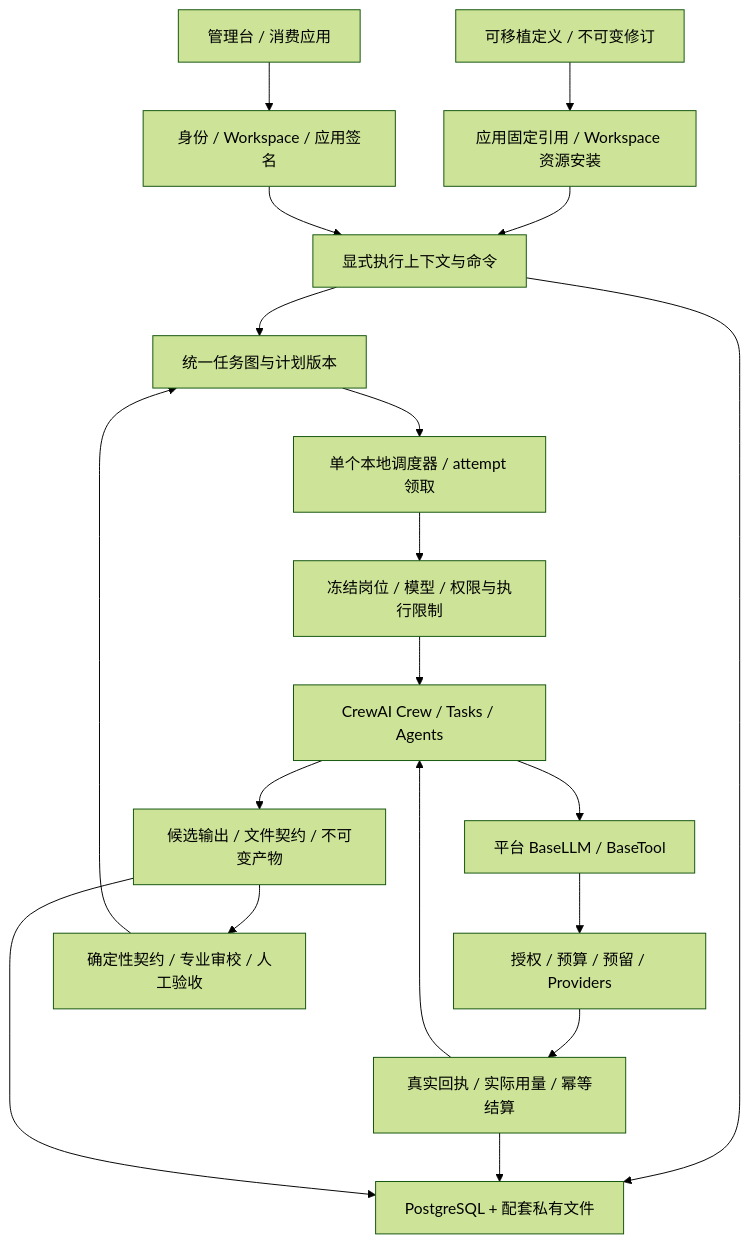
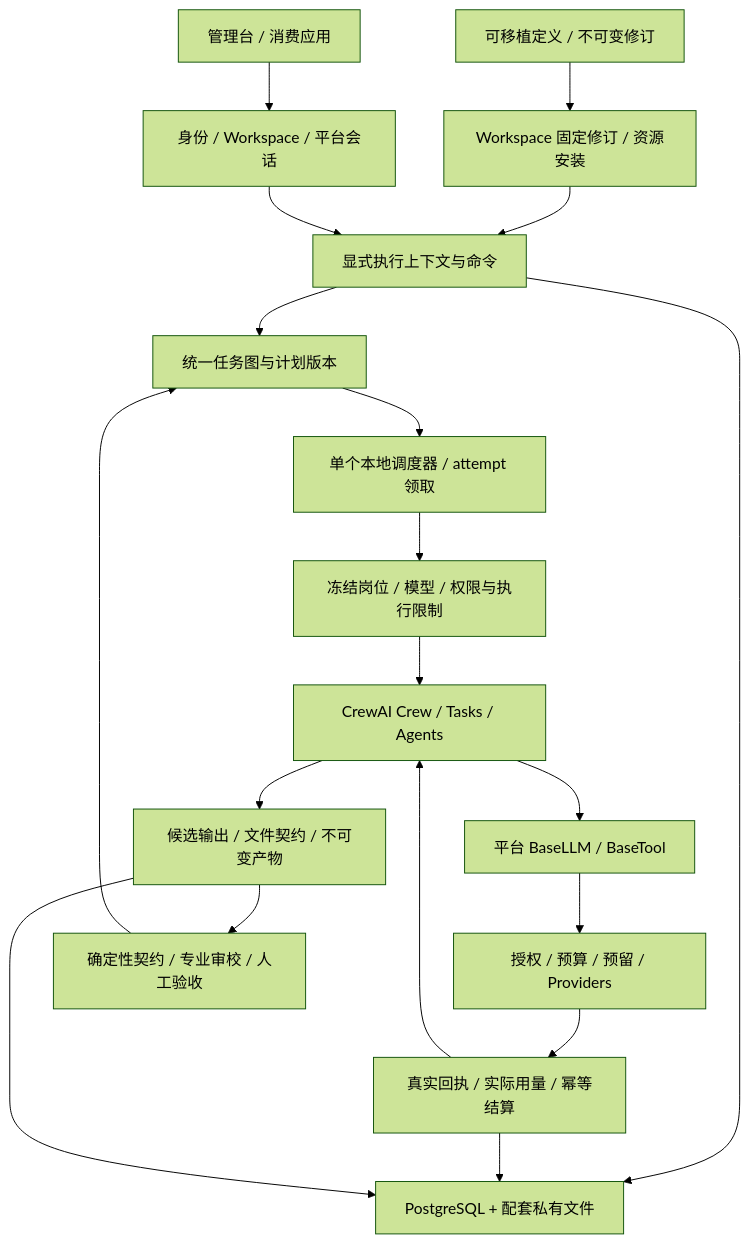
One commit to orchpact/orchpact changed the diagram in docs/ARCHITECTURE.md. Above: the diagram before and after it, drawn with Mermaid (forest theme). The commit also changed other lines of this file and 78 other files, not shown here.

````diff
--- a/docs/ARCHITECTURE.md
+++ b/docs/ARCHITECTURE.md
@@ -7,21 +7,21 @@
 ```mermaid
 flowchart TD
-  DEF[可移植定义 / 不可变修订] --> INSTALL[应用固定引用 / Workspace 资源安装]
-  UI[管理台 / 消费应用] --> API[身份 / Workspace / 应用签名]
+  DEF[可移植定义 / 不可变修订] --> INSTALL[Workspace 固定修订 / 资源安装]
+  UI[管理台 / 消费应用] --> API[身份 / Workspace / 平台会话]
   INSTALL --> CMD[显式执行上下文与命令]
   API --> CMD
   CMD --> GRAPH[统一任务图与计划版本]
   GRAPH --> RUN[单个本地调度器 / attempt 领取]
   RUN --> SNAP[冻结岗位 / 模型 / 权限与执行限制]
   SNAP --> CREW[CrewAI Crew / Tasks / Agents]
   CREW --> BRIDGE[平台 BaseLLM / BaseTool]
   BRIDGE --> CALL[授权 / 预算 / 预留 / Providers]
   CALL --> RECEIPT[真实回执 / 实际用量 / 幂等结算]
   RECEIPT --> CREW
   CREW --> ART[候选输出 / 文件契约 / 不可变产物]
   ART --> REVIEW[确定性契约 / 专业审校 / 人工验收]
   REVIEW --> GRAPH
   CMD --> DB[PostgreSQL + 配套私有文件]
   RECEIPT --> DB
   ART --> DB
 ```
````
